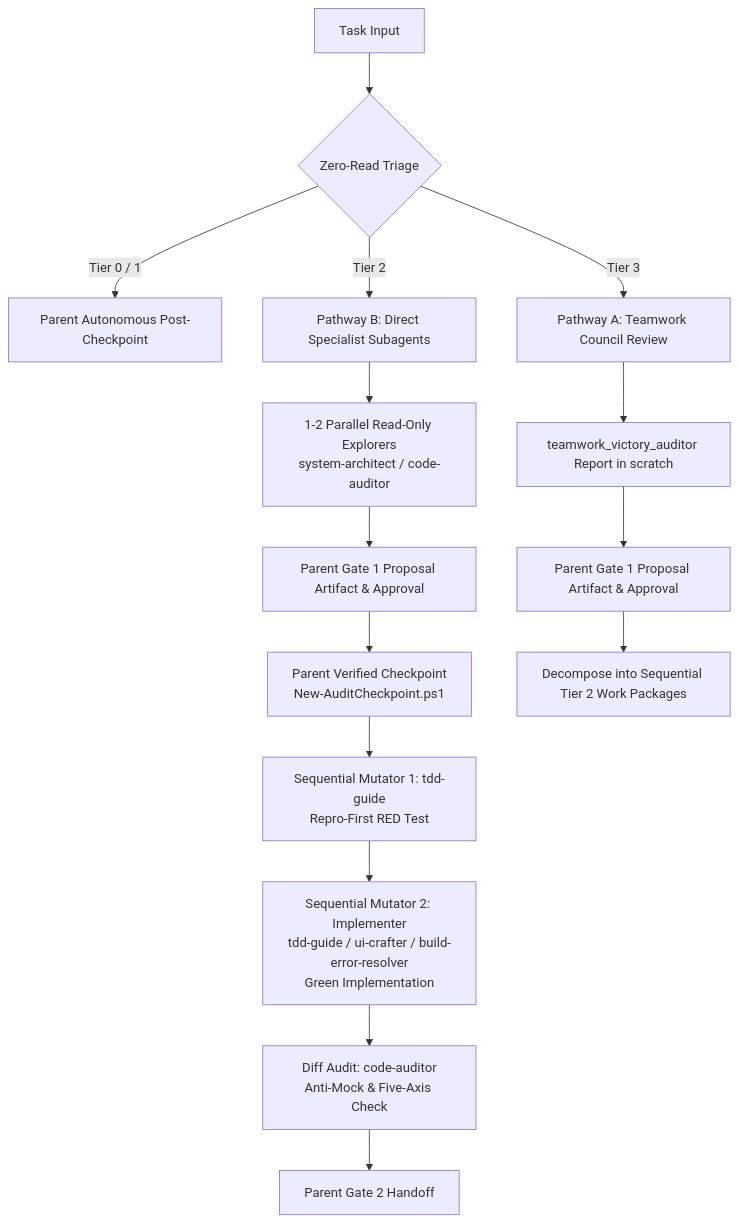
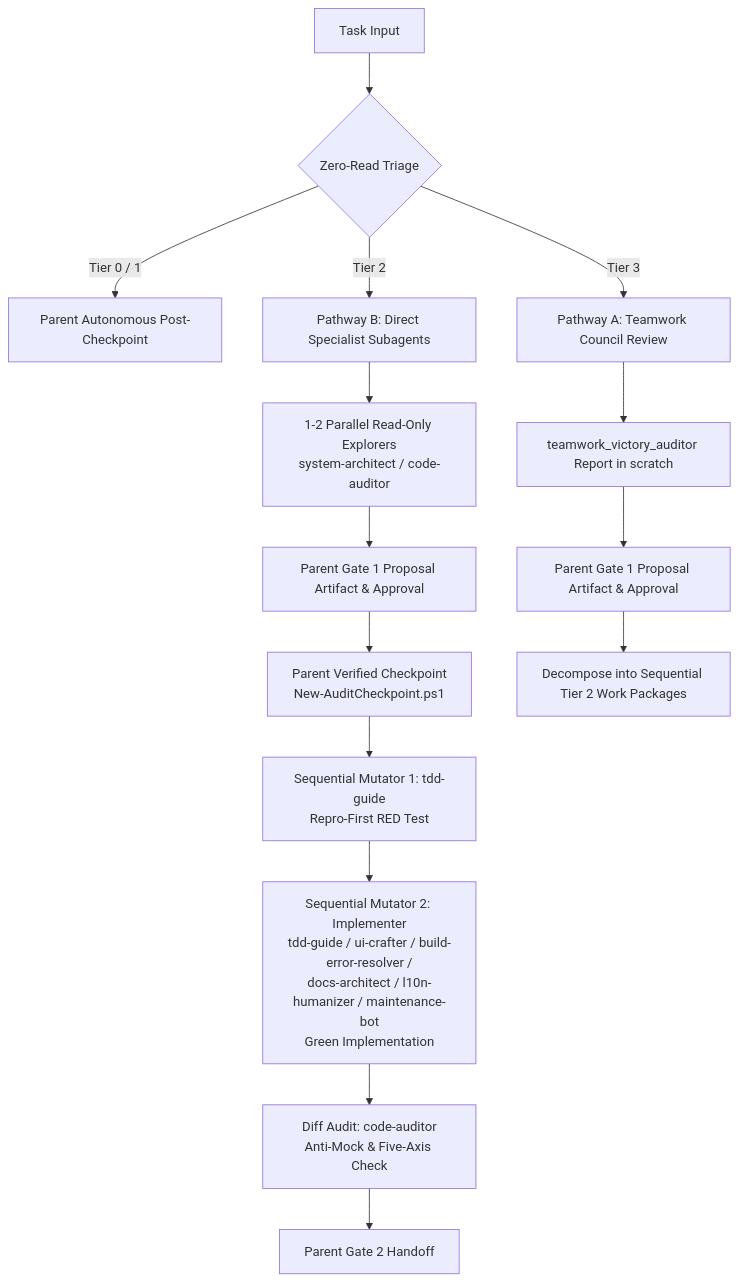
The diagram in config/skills/orchestrator/SKILL.md (afif25fradana/everyday-agy), drawn with Mermaid before and after one commit. The commit also changed other lines of this file and 22 other files, not shown here.

````diff
--- a/config/skills/orchestrator/SKILL.md
+++ b/config/skills/orchestrator/SKILL.md
@@ -69,19 +69,19 @@
 ```mermaid
 flowchart TD
     Task["Task Input"] --> Triage{"Zero-Read Triage"}
     Triage -->|"Tier 0 / 1"| ParentDirect["Parent Autonomous Post-Checkpoint"]
     Triage -->|"Tier 2"| DirectSpecialists["Pathway B: Direct Specialist Subagents"]
     Triage -->|"Tier 3"| TeamworkCouncil["Pathway A: Teamwork Council Review"]
     
     DirectSpecialists --> S1["1-2 Parallel Read-Only Explorers<br/>system-architect / code-auditor"]
     S1 --> Gate1["Parent Gate 1 Proposal Artifact & Approval"]
     Gate1 --> Ckpt["Parent Verified Checkpoint<br/>New-AuditCheckpoint.ps1"]
     Ckpt --> S2["Sequential Mutator 1: tdd-guide<br/>Repro-First RED Test"]
-    S2 --> S3["Sequential Mutator 2: Implementer<br/>tdd-guide / ui-crafter / build-error-resolver<br/>Green Implementation"]
+    S2 --> S3["Sequential Mutator 2: Implementer<br/>tdd-guide / ui-crafter / build-error-resolver /<br/>docs-architect / l10n-humanizer / maintenance-bot<br/>Green Implementation"]
     S3 --> S4["Diff Audit: code-auditor<br/>Anti-Mock & Five-Axis Check"]
     S4 --> Gate2["Parent Gate 2 Handoff"]
     
     TeamworkCouncil --> TCReport["teamwork_victory_auditor Report in scratch"]
     TCReport --> Gate1TC["Parent Gate 1 Proposal Artifact & Approval"]
     Gate1TC --> T3Exec["Decompose into Sequential Tier 2 Work Packages"]
 ```
````
